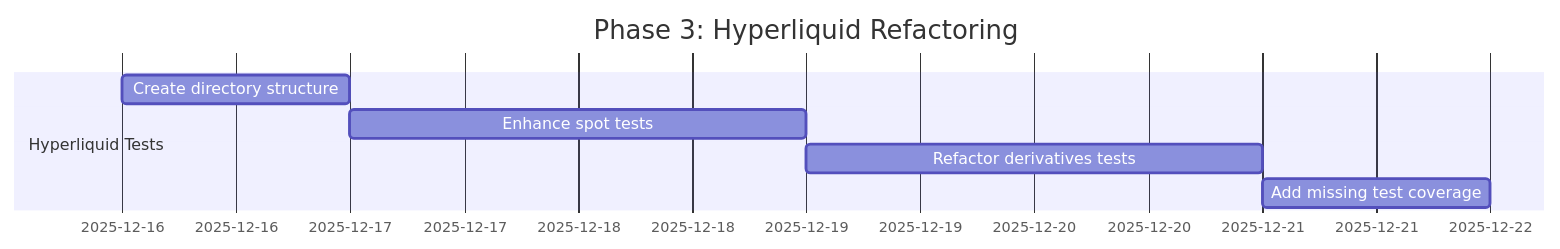
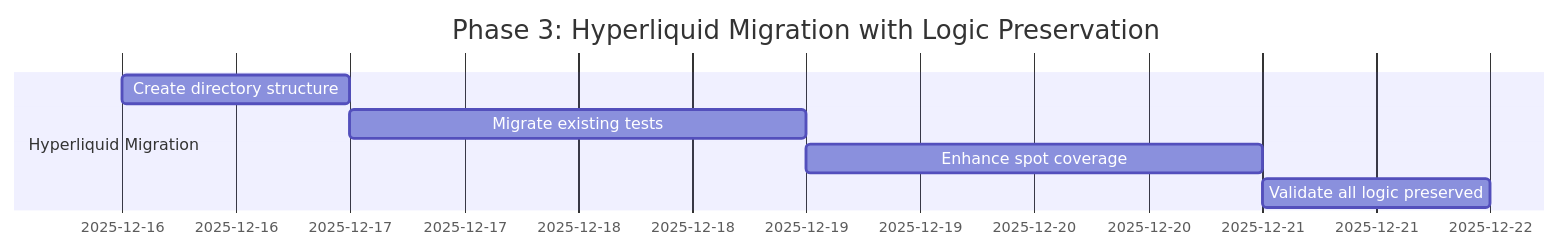
Before and after one commit to plataplomo/hummingbot: the third of 4 diagrams in workflow/integration_tests_refactor_plan.md, drawn with Mermaid. The commit also changed other lines of this file and 5 other files, not shown here.

Commit message:
Add pytest markers for spot and balance scenarios; restructure integration test directories

````diff
--- a/workflow/integration_tests_refactor_plan.md
+++ b/workflow/integration_tests_refactor_plan.md
@@ -554,10 +455,10 @@
 ```mermaid
 gantt
-    title Phase 3: Hyperliquid Refactoring
+    title Phase 3: Hyperliquid Migration with Logic Preservation
     dateFormat  YYYY-MM-DD
-    section Hyperliquid Tests
+    section Hyperliquid Migration
     Create directory structure  :2025-12-16, 1d
-    Enhance spot tests         :2025-12-17, 2d
-    Refactor derivatives tests :2025-12-19, 2d
-    Add missing test coverage  :2025-12-21, 1d
+    Migrate existing tests     :2025-12-17, 2d
+    Enhance spot coverage      :2025-12-19, 2d
+    Validate all logic preserved :2025-12-21, 1d
 ```
````
